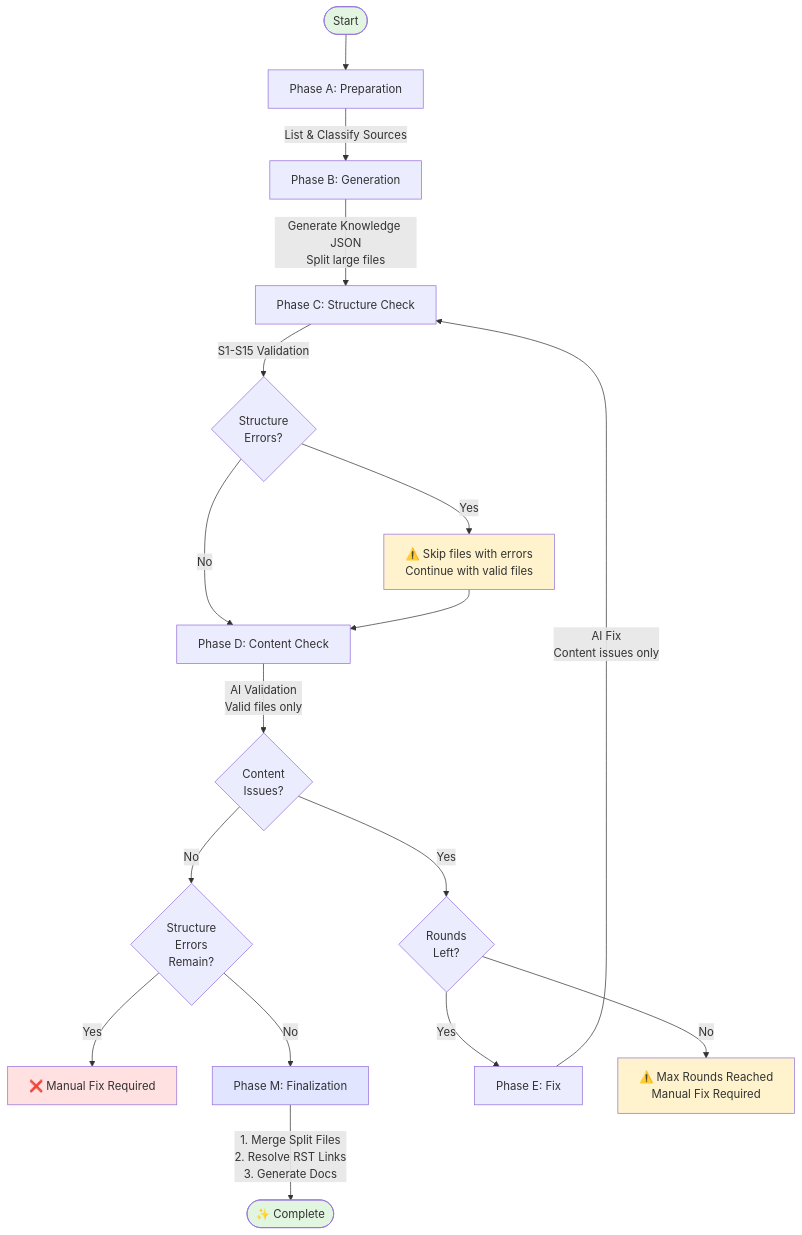
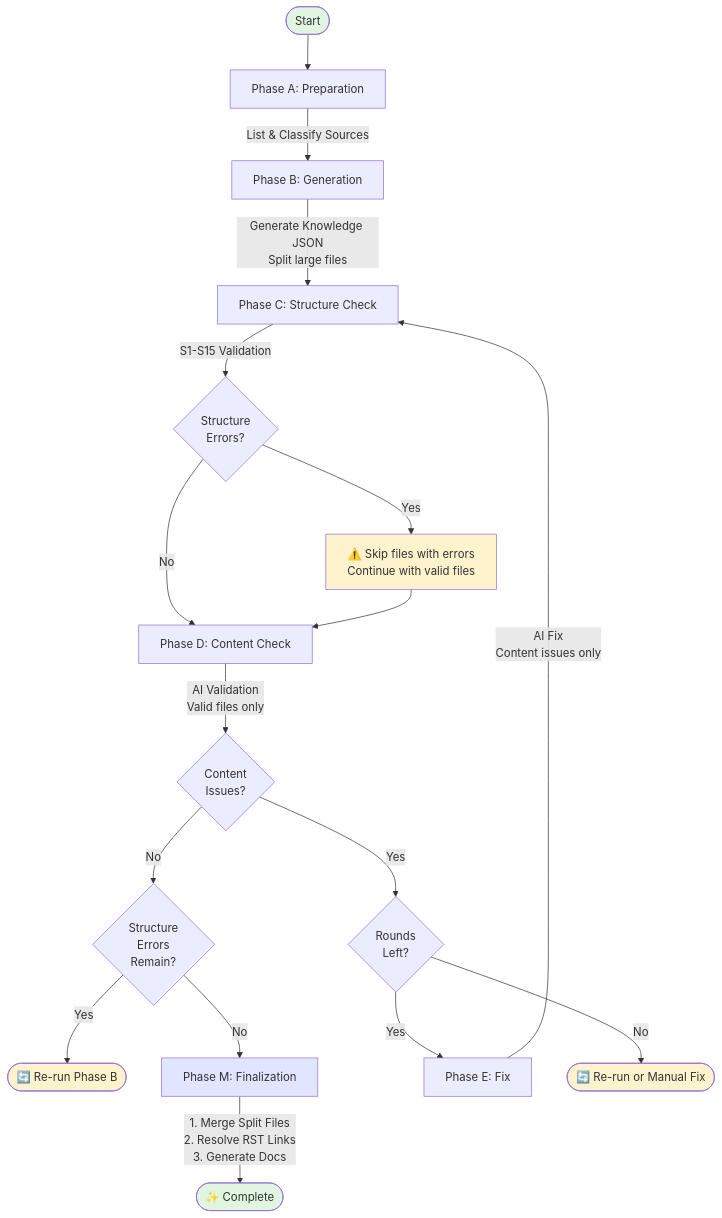
The diagram in tools/knowledge-creator/README.md (nablarch/nabledge-dev), drawn with Mermaid before and after one commit.

Commit message:
refactor: Unify flow diagram exit nodes with re-run guidance
Change error exit nodes to action-oriented re-run guidance:

Before:
- StructError[❌ Manual Fix Required] - unclear what "manual" means
- MaxRound[⚠️ Max Rounds Reached...]  - vague manual fix

After:
- RerunB([🔄 Re-run Phase B])         - clear: re-run generation
- RerunDE([🔄 Re-run or Manual Fix])  - clear: options available
- Complete([✨ Complete])             - renamed for consistency

All exit nodes now use ([ ]) rounded style for visual consistency.

````diff
--- a/tools/knowledge-creator/README.md
+++ b/tools/knowledge-creator/README.md
@@ -9,26 +9,26 @@
 ```mermaid
 flowchart TD
     Start([Start]) --> A[Phase A: Preparation]
     A --> |List & Classify Sources| B[Phase B: Generation]
     B --> |Generate Knowledge JSON<br/>Split large files| C[Phase C: Structure Check]
     C --> |S1-S15 Validation| PassC{Structure<br/>Errors?}
     PassC --> |Yes| StructWarn[⚠️ Skip files with errors<br/>Continue with valid files]
     PassC --> |No| D[Phase D: Content Check]
     StructWarn --> D
     D --> |AI Validation<br/>Valid files only| PassD{Content<br/>Issues?}
     PassD --> |No| CheckStruct{Structure<br/>Errors<br/>Remain?}
-    CheckStruct --> |Yes| StructError[❌ Manual Fix Required]
+    CheckStruct --> |Yes| RerunB([🔄 Re-run Phase B])
     CheckStruct --> |No| M[Phase M: Finalization]
     PassD --> |Yes| Round{Rounds<br/>Left?}
     Round --> |Yes| E[Phase E: Fix]
-    Round --> |No| MaxRound[⚠️ Max Rounds Reached<br/>Manual Fix Required]
+    Round --> |No| RerunDE([🔄 Re-run or Manual Fix])
     E --> |AI Fix<br/>Content issues only| C
-    M --> |1. Merge Split Files<br/>2. Resolve RST Links<br/>3. Generate Docs| End([✨ Complete])
+    M --> |1. Merge Split Files<br/>2. Resolve RST Links<br/>3. Generate Docs| Complete([✨ Complete])
 
     style Start fill:#e1f5e1
-    style End fill:#e1f5e1
-    style StructError fill:#ffe1e1
-    style MaxRound fill:#fff3cd
+    style Complete fill:#e1f5e1
+    style RerunB fill:#fff3cd
+    style RerunDE fill:#fff3cd
     style StructWarn fill:#fff3cd
     style M fill:#e1e5ff
 ```
````
